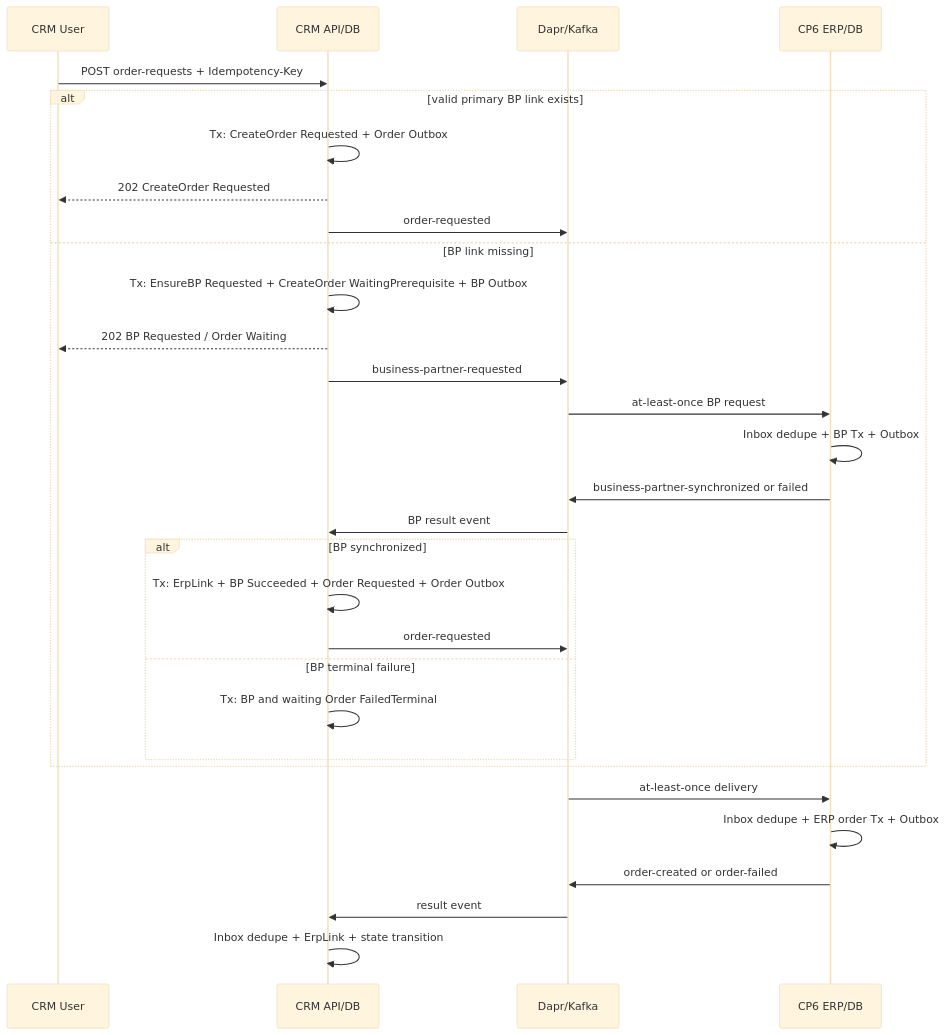
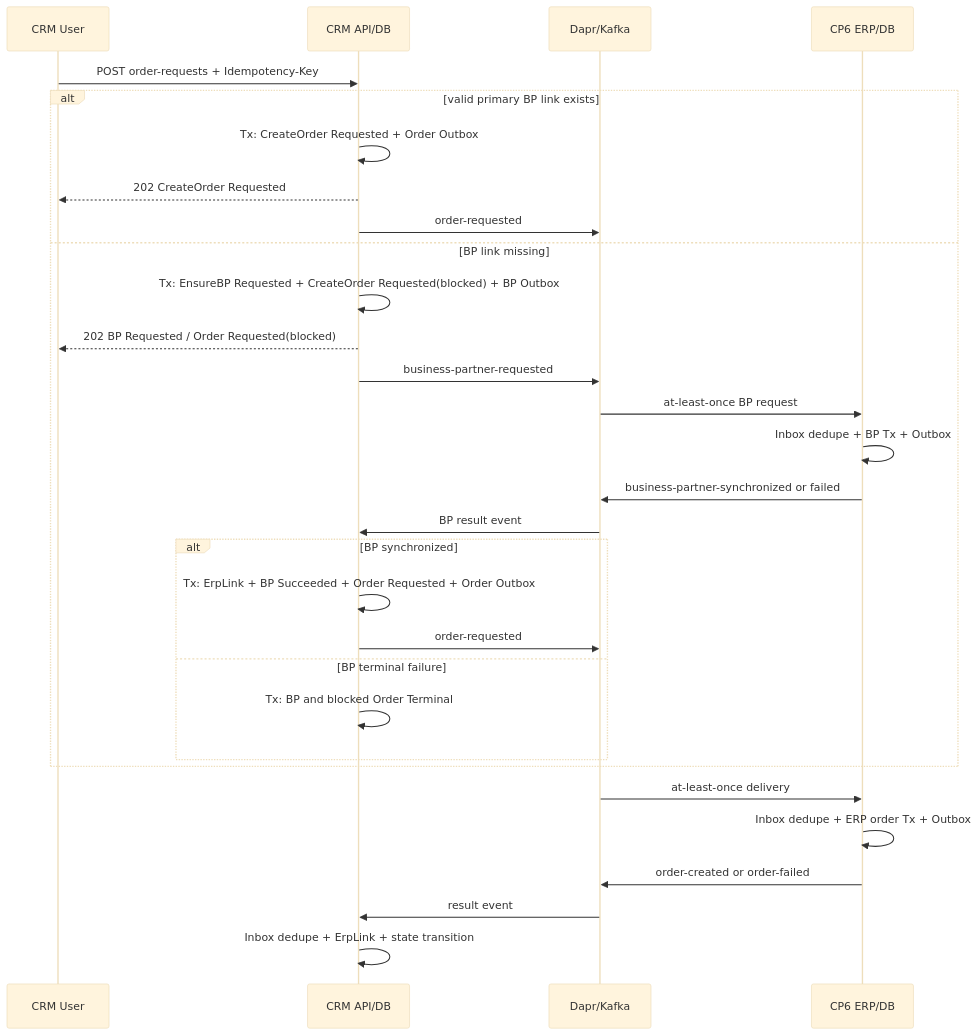
The second of 3 diagrams in docs/crm/CRM-V1-EXECUTABLE-SPEC.md (GTX537/CP6), drawn with Mermaid (base theme) before and after one commit. The commit also changed other lines of this file and 6 other files, not shown here.

````diff
--- a/docs/crm/CRM-V1-EXECUTABLE-SPEC.md
+++ b/docs/crm/CRM-V1-EXECUTABLE-SPEC.md
@@ -755,32 +818,32 @@
 ```mermaid
 sequenceDiagram
     participant U as CRM User
     participant C as CRM API/DB
     participant K as Dapr/Kafka
     participant E as CP6 ERP/DB
     U->>C: POST order-requests + Idempotency-Key
     alt valid primary BP link exists
         C->>C: Tx: CreateOrder Requested + Order Outbox
         C-->>U: 202 CreateOrder Requested
         C->>K: order-requested
     else BP link missing
-        C->>C: Tx: EnsureBP Requested + CreateOrder WaitingPrerequisite + BP Outbox
-        C-->>U: 202 BP Requested / Order Waiting
+        C->>C: Tx: EnsureBP Requested + CreateOrder Requested(blocked) + BP Outbox
+        C-->>U: 202 BP Requested / Order Requested(blocked)
         C->>K: business-partner-requested
         K->>E: at-least-once BP request
         E->>E: Inbox dedupe + BP Tx + Outbox
         E->>K: business-partner-synchronized or failed
         K->>C: BP result event
         alt BP synchronized
             C->>C: Tx: ErpLink + BP Succeeded + Order Requested + Order Outbox
             C->>K: order-requested
         else BP terminal failure
-            C->>C: Tx: BP and waiting Order FailedTerminal
+            C->>C: Tx: BP and blocked Order Terminal
         end
     end
     K->>E: at-least-once delivery
     E->>E: Inbox dedupe + ERP order Tx + Outbox
     E->>K: order-created or order-failed
     K->>C: result event
     C->>C: Inbox dedupe + ErpLink + state transition
 ```
````
